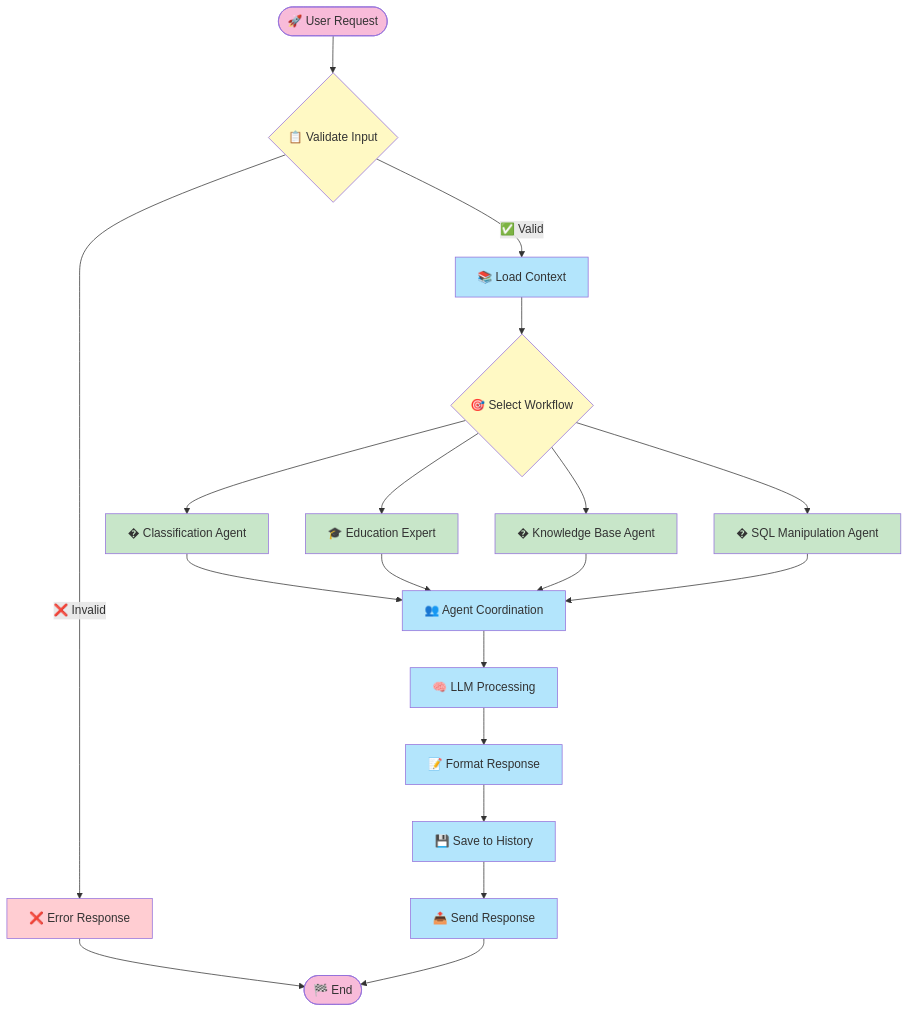
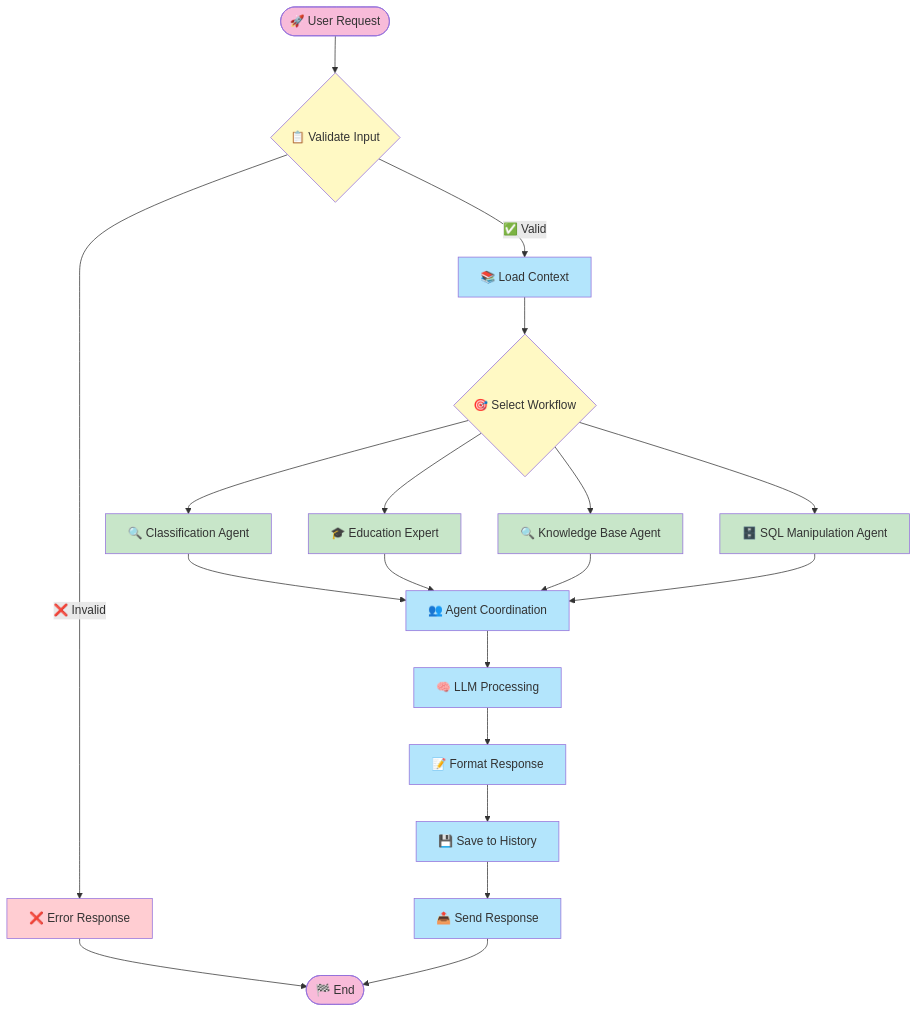
One commit to the-ingenious-dark-knight/Insight_Ingenious changed the sixth of 13 diagrams in docs/architecture/README.md. Above: the diagram before and after it, drawn with Mermaid. The commit also changed other lines of this file and 3 other files, not shown here.

Commit message:
fix: Update API documentation to correct endpoint references and improve agent workflow descriptions

````diff
--- a/docs/architecture/README.md
+++ b/docs/architecture/README.md
@@ -257,37 +257,37 @@
 ```mermaid
 flowchart TD
     START([🚀 User Request]) --> INPUT_VALIDATION{📋 Validate Input}
     INPUT_VALIDATION -->|✅ Valid| LOAD_CONTEXT[📚 Load Context]
     INPUT_VALIDATION -->|❌ Invalid| ERROR_RESPONSE[❌ Error Response]
 
     LOAD_CONTEXT --> SELECT_WORKFLOW{🎯 Select Workflow}
-    SELECT_WORKFLOW --> CLASSIFICATION_WORKFLOW[� Classification Agent]
+    SELECT_WORKFLOW --> CLASSIFICATION_WORKFLOW[🔍 Classification Agent]
     SELECT_WORKFLOW --> EDUCATION_WORKFLOW[🎓 Education Expert]
-    SELECT_WORKFLOW --> KNOWLEDGE_WORKFLOW[� Knowledge Base Agent]
-    SELECT_WORKFLOW --> SQL_WORKFLOW[�️ SQL Manipulation Agent]
+    SELECT_WORKFLOW --> KNOWLEDGE_WORKFLOW[🔍 Knowledge Base Agent]
+    SELECT_WORKFLOW --> SQL_WORKFLOW[🗄️ SQL Manipulation Agent]
 
     CLASSIFICATION_WORKFLOW --> AGENT_COORDINATION[👥 Agent Coordination]
     EDUCATION_WORKFLOW --> AGENT_COORDINATION
     KNOWLEDGE_WORKFLOW --> AGENT_COORDINATION
     SQL_WORKFLOW --> AGENT_COORDINATION
 
     AGENT_COORDINATION --> LLM_PROCESSING[🧠 LLM Processing]
     LLM_PROCESSING --> RESPONSE_FORMATTING[📝 Format Response]
     RESPONSE_FORMATTING --> SAVE_HISTORY[💾 Save to History]
     SAVE_HISTORY --> SEND_RESPONSE[📤 Send Response]
 
     ERROR_RESPONSE --> END([🏁 End])
     SEND_RESPONSE --> END
 
     classDef startEnd fill:#f8bbd9
     classDef process fill:#b3e5fc
     classDef decision fill:#fff9c4
     classDef workflow fill:#c8e6c9
     classDef error fill:#ffcdd2
 
     class START,END startEnd
     class LOAD_CONTEXT,AGENT_COORDINATION,LLM_PROCESSING,RESPONSE_FORMATTING,SAVE_HISTORY,SEND_RESPONSE process
     class INPUT_VALIDATION,SELECT_WORKFLOW decision
     class CLASSIFICATION_WORKFLOW,EDUCATION_WORKFLOW,KNOWLEDGE_WORKFLOW,SQL_WORKFLOW workflow
     class ERROR_RESPONSE error
 ```
````
